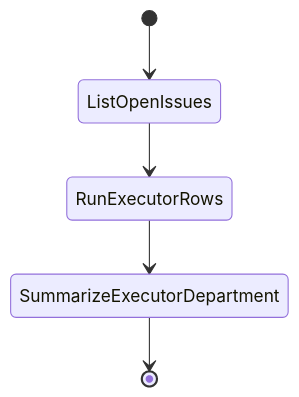
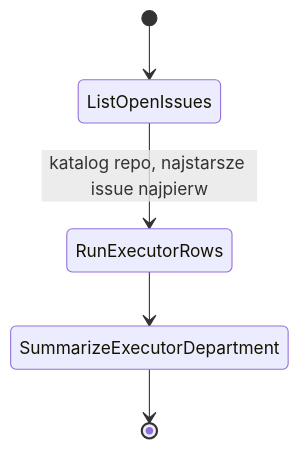
Before and after one commit to mikolaj92/lokay: diagram 40 of 53 in README.md, drawn with Mermaid. The commit also changed other lines of this file and 63 other files, not shown here.

Commit message:
fix: restore delivery flow and bounded recovery across Fala graphs

````diff
--- a/README.md
+++ b/README.md
@@ -1107,7 +1114,7 @@
 ```mermaid
 stateDiagram-v2
     [*] --> ListOpenIssues
-    ListOpenIssues --> RunExecutorRows
+    ListOpenIssues --> RunExecutorRows: katalog repo, najstarsze issue najpierw
     RunExecutorRows --> SummarizeExecutorDepartment
     SummarizeExecutorDepartment --> [*]
 ```
````
